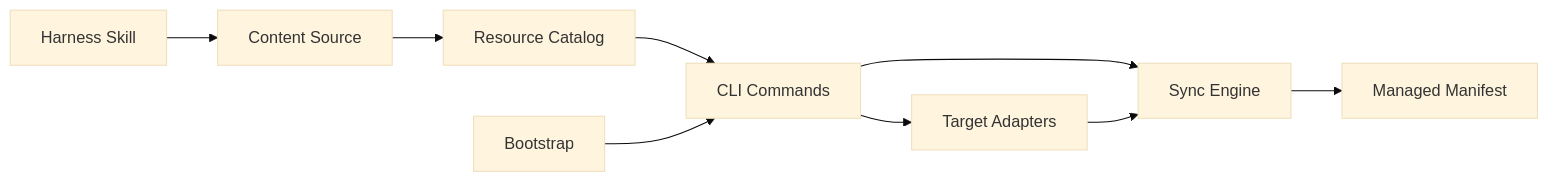
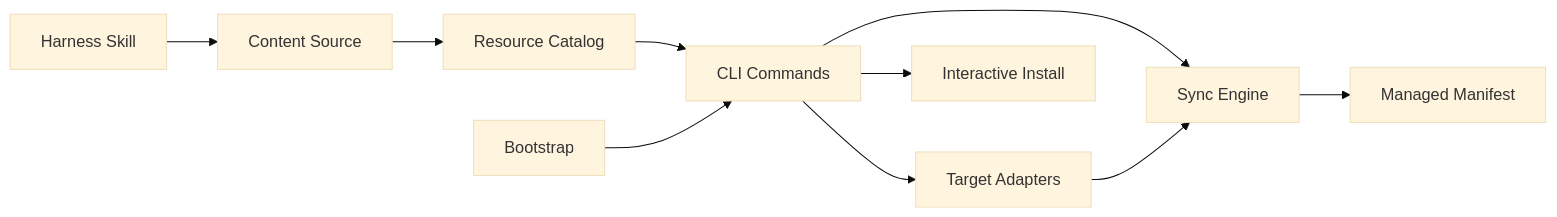
One commit to YoungerYang-Y/agent-hub changed the diagram in docs/DOMAINS.md. Above: the diagram before and after it, drawn with Mermaid (base theme). The commit also changed other lines of this file and 17 other files, not shown here.

````diff
--- a/docs/DOMAINS.md
+++ b/docs/DOMAINS.md
@@ -23,11 +24,12 @@
 ```mermaid
 flowchart LR
   Catalog["Resource Catalog"] --> Commands["CLI Commands"]
   Content["Content Source"] --> Catalog
   Commands --> Adapters["Target Adapters"]
+  Commands --> Prompt["Interactive Install"]
   Commands --> Sync["Sync Engine"]
   Adapters --> Sync
   Sync --> Manifest["Managed Manifest"]
   Harness["Harness Skill"] --> Content
   Bootstrap["Bootstrap"] --> Commands
 ```
````
